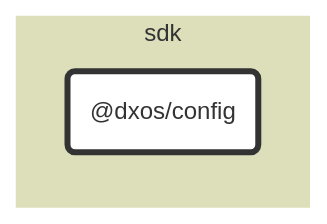
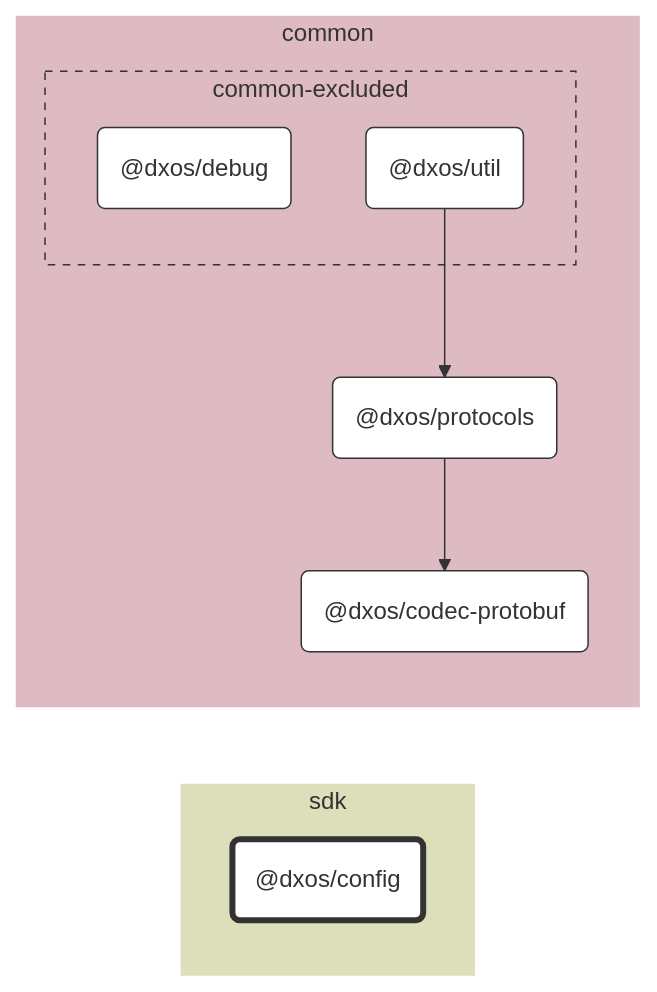
One commit to dxos/dxos changed the diagram in packages/sdk/config/docs/README.md. Above: the diagram before and after it, drawn with Mermaid. The commit also changed 65 other files, not shown here.

````diff
--- a/packages/sdk/config/docs/README.md
+++ b/packages/sdk/config/docs/README.md
@@ -7,20 +7,38 @@
 ```mermaid
 %%{ init: {'flowchart':{'curve':'basis'}} }%%
 
 flowchart LR
 
 %% Classes
 classDef def fill:#fff,stroke:#333,stroke-width:1px
 classDef root fill:#fff,stroke:#333,stroke-width:4px
 
 %% Nodes
 
 subgraph sdk [sdk]
   style sdk fill:#dddeba,stroke:#fff
   dxos/config("@dxos/config"):::root
   click dxos/config "dxos/dxos/tree/main/packages/sdk/config/docs"
 end
 
+subgraph common [common]
+  style common fill:#debac2,stroke:#fff
+  dxos/codec-protobuf("@dxos/codec-protobuf"):::def
+  click dxos/codec-protobuf "dxos/dxos/tree/main/packages/common/codec-protobuf/docs"
+  dxos/protocols("@dxos/protocols"):::def
+  click dxos/protocols "dxos/dxos/tree/main/packages/common/protocols/docs"
+
+  subgraph common-excluded [common-excluded]
+    style common-excluded fill:#debac2,stroke:#333,stroke-dasharray:5 5
+    dxos/debug("@dxos/debug"):::def
+    click dxos/debug "dxos/dxos/tree/main/packages/common/debug/docs"
+    dxos/util("@dxos/util"):::def
+    click dxos/util "dxos/dxos/tree/main/packages/common/util/docs"
+  end
+end
+
 %% Links
 linkStyle default stroke:#333,stroke-width:1px
+dxos/protocols --> dxos/codec-protobuf
+dxos/util --> dxos/protocols
 ```
````
